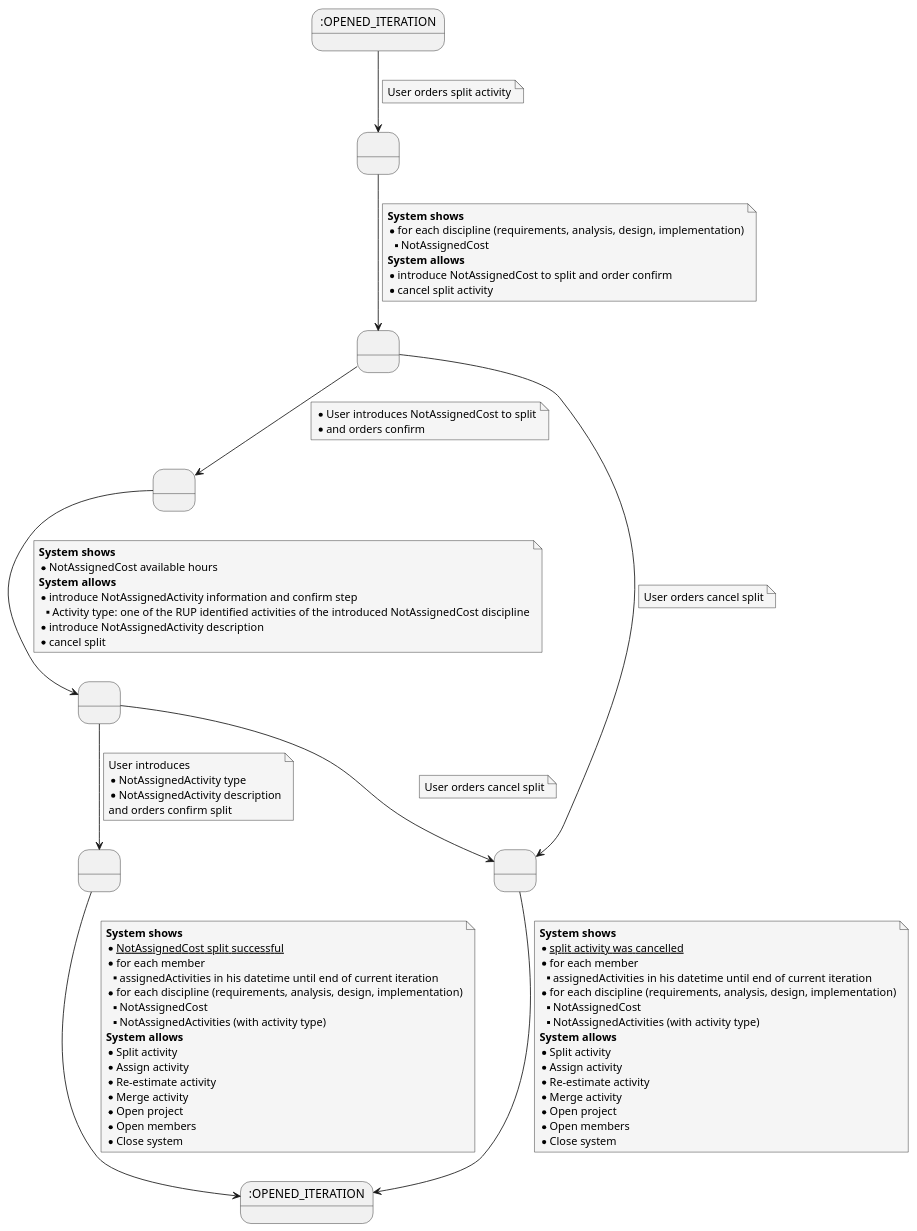
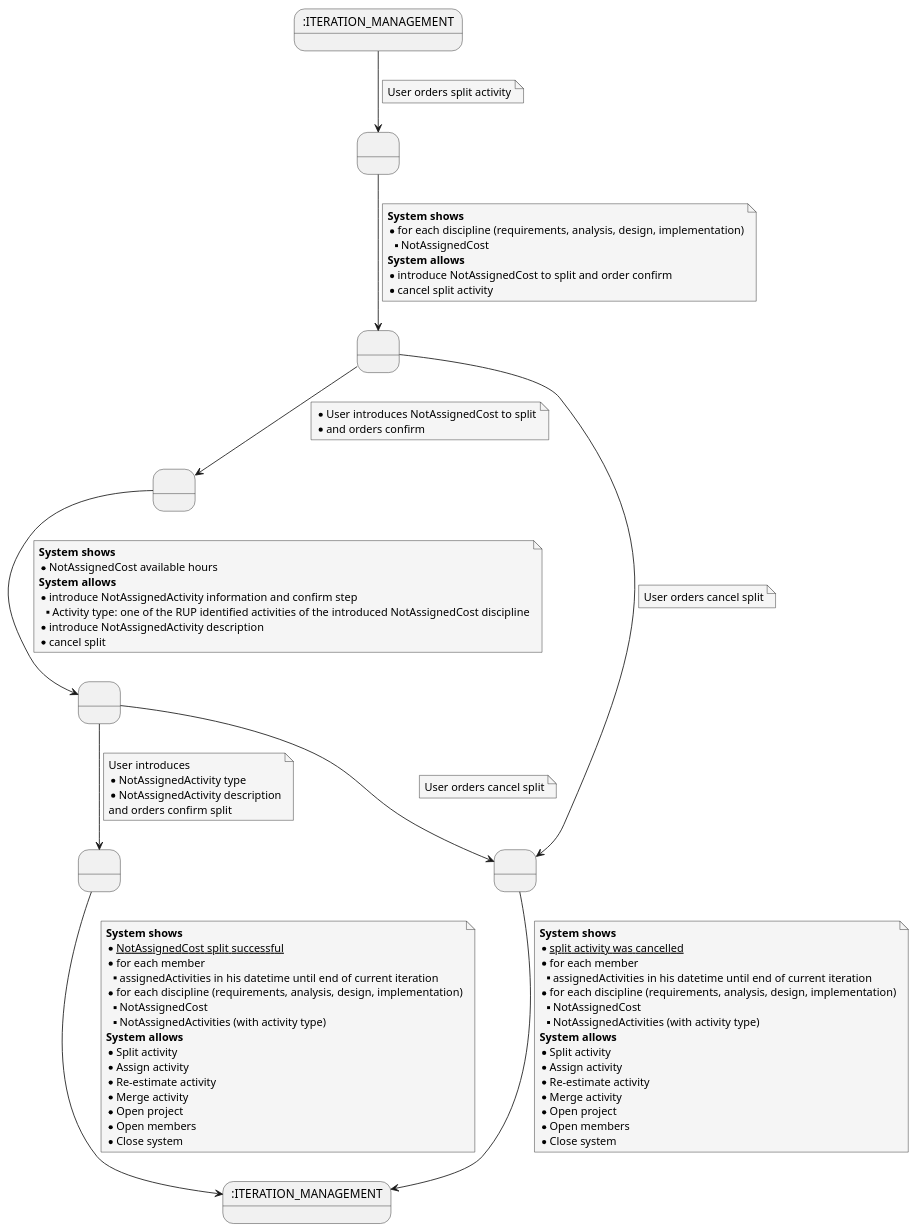
One commit to rup-projects/rup-projects changed the diagram in documentation/diagrams/usecases/specifications/disciplines/SplitActitivy.puml. Above: the diagram before and after it, drawn with PlantUML. The commit also changed 16 other files, not shown here.

Commit message:
cambiamos de nombre OPENED por MANAGEMENT

```diff
--- a/documentation/diagrams/usecases/specifications/disciplines/SplitActitivy.puml
+++ b/documentation/diagrams/usecases/specifications/disciplines/SplitActitivy.puml
@@ -1,105 +1,105 @@
 @startuml
 
 skinparam {
     NoteBackgroundColor #whiteSmoke
 }
 
     state 2 as " "
     state 0 as " "
     state 4 as " "
     state 6 as " "
     state 8 as " "
     state 10 as " "
-    state 5 as ":OPENED_ITERATION"
-    state 13 as ":OPENED_ITERATION"
+    state 5 as ":ITERATION_MANAGEMENT"
+    state 13 as ":ITERATION_MANAGEMENT"
 
     5 --> 6
     note on link
         User orders split activity
     end note
 
     6 --> 2
     note on link
     <b>System shows</b>
     * for each discipline (requirements, analysis, design, implementation)
     ** NotAssignedCost
     <b>System allows</b>
     * introduce NotAssignedCost to split and order confirm
     * cancel split activity
     end note
 
     2 --> 10
     note on link
         User orders cancel split
     end note
 
     2 --> 4
     note on link
         * User introduces NotAssignedCost to split
         * and orders confirm
     end note
 
     4 --> 0
     note on link
         <b>System shows</b>
         * NotAssignedCost available hours
         <b>System allows</b>
         * introduce NotAssignedActivity information and confirm step
         ** Activity type: one of the RUP identified activities of the introduced NotAssignedCost discipline
         * introduce NotAssignedActivity description
         * cancel split
     end note
 
     0 --> 10
     note on link
         User orders cancel split
     end note
 
     0 --> 8
     note on link
         User introduces
         * NotAssignedActivity type
         * NotAssignedActivity description
         and orders confirm split
     end note
 
     8 --> 13
     note on link
         <b>System shows</b>
         * __NotAssignedCost split successful__
         * for each member
         **assignedActivities in his datetime until end of current iteration
         * for each discipline (requirements, analysis, design, implementation)
         ** NotAssignedCost
         ** NotAssignedActivities (with activity type)
         <b>System allows</b>
         * Split activity
         * Assign activity
         * Re-estimate activity
         * Merge activity
         * Open project
         * Open members
         * Close system
     end note
 
     10 --> 13
     note on link
          <b>System shows</b>
          * __split activity was cancelled__
          * for each member
          **assignedActivities in his datetime until end of current iteration
          * for each discipline (requirements, analysis, design, implementation)
          ** NotAssignedCost
          ** NotAssignedActivities (with activity type)
          <b>System allows</b>
          * Split activity
          * Assign activity
          * Re-estimate activity
          * Merge activity
          * Open project
          * Open members
          * Close system
     end note
 
 
 @enduml
```
